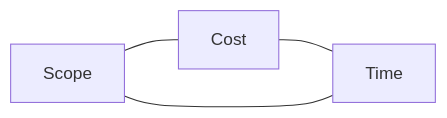
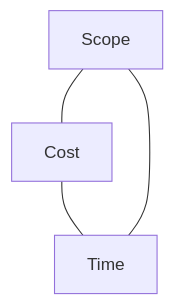
Before and after one commit to tghastings/open-swe-book: the second of 2 diagrams in chapters/01-introduction/README.md, drawn with Mermaid. The commit also changed other lines of this file and 55 other files, not shown here.

````diff
--- a/chapters/01-introduction/README.md
+++ b/chapters/01-introduction/README.md
@@ -253,6 +253,6 @@
 ```mermaid
-flowchart LR
+flowchart TD
     S[Scope] --- C[Cost]
     C --- T[Time]
     T --- S
 ```
````
